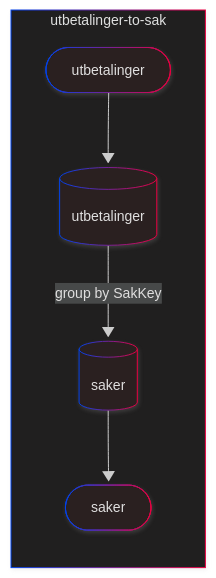
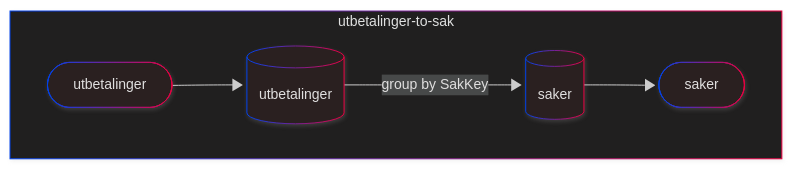
One commit to navikt/helved-utbetaling changed the diagram in apps/abetal/utbetalinger-to-sak.mmd. Above: the diagram before and after it, drawn with Mermaid. The commit also changed other lines of this file and 1 other file, not shown here.

```diff
--- a/apps/abetal/utbetalinger-to-sak.mmd
+++ b/apps/abetal/utbetalinger-to-sak.mmd
@@ -1,17 +1,17 @@
 ---
 config:
   theme: neo-dark
   layout: dagre
   look: neo
 ---
-flowchart LR
+flowchart
  subgraph Topologi["utbetalinger-to-sak"]
         utbetalinger-ktable[("utbetalinger")]
         saker-aggregate[("saker")]
         saker(["saker"])
         utbetalinger(["utbetalinger"])
 
   end
     utbetalinger --> utbetalinger-ktable
     utbetalinger-ktable --> |group by SakKey| saker-aggregate
     saker-aggregate --> saker
```
